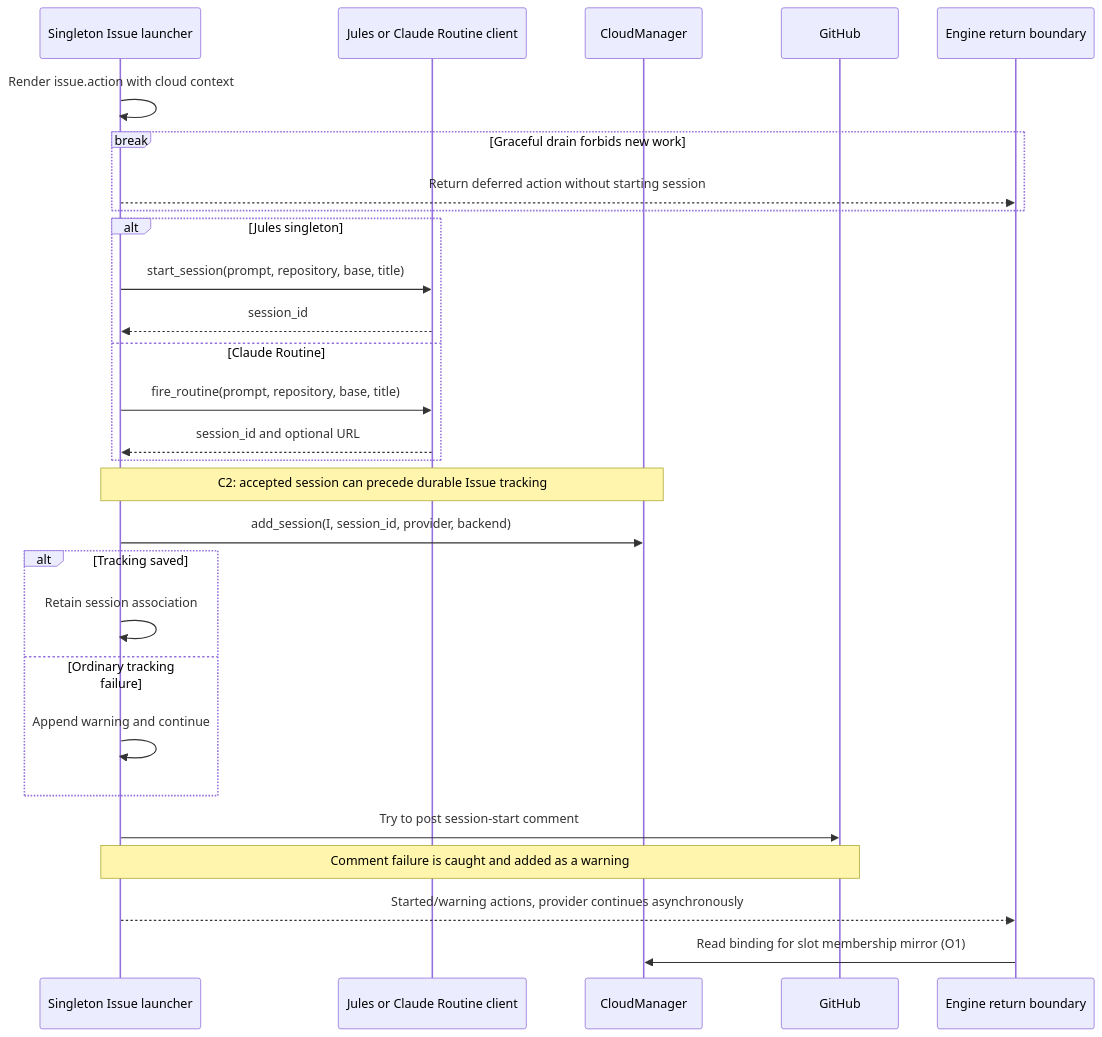
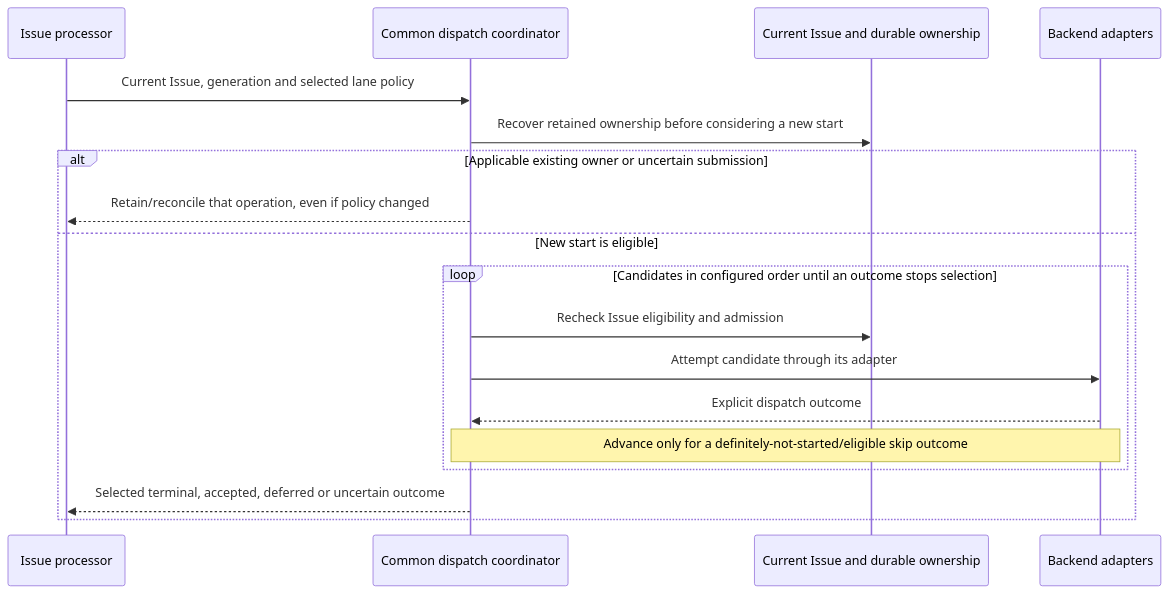
Before and after one commit to kitamura-tetsuo/auto-coder: the first of 2 diagrams in docs/architecture/as-is/issue-provider-dispatch.md, drawn with Mermaid. The commit also changed other lines of this file and 14 other files, not shown here.

First line of the commit message:
docs: refresh as-is sequences and map refactoring boundaries

````diff
--- a/docs/architecture/as-is/issue-provider-dispatch.md
+++ b/docs/architecture/as-is/issue-provider-dispatch.md
@@ -116,30 +9,20 @@
 ```mermaid
 sequenceDiagram
-    participant H as Singleton Issue launcher
-    participant P as Jules or Claude Routine client
-    participant C as CloudManager
-    participant G as GitHub
-    participant E as Engine return boundary
-    H->>H: Render issue.action with cloud context
-    break Graceful drain forbids new work
-        H-->>E: Return deferred action without starting session
+    participant I as Issue processor
+    participant D as Common dispatch coordinator
+    participant S as Current Issue and durable ownership
+    participant B as Backend adapters
+    I->>D: Current Issue, generation and selected lane policy
+    D->>S: Recover retained ownership before considering a new start
+    alt Applicable existing owner or uncertain submission
+        D-->>I: Retain/reconcile that operation, even if policy changed
+    else New start is eligible
+        loop Candidates in configured order until an outcome stops selection
+            D->>S: Recheck Issue eligibility and admission
+            D->>B: Attempt candidate through its adapter
+            B-->>D: Explicit dispatch outcome
+            Note over D,B: Advance only for a definitely-not-started/eligible skip outcome
+        end
+        D-->>I: Selected terminal, accepted, deferred or uncertain outcome
     end
-    alt Jules singleton
-        H->>P: start_session(prompt, repository, base, title)
-        P-->>H: session_id
-    else Claude Routine
-        H->>P: fire_routine(prompt, repository, base, title)
-        P-->>H: session_id and optional URL
-    end
-    Note over H,C: C2: accepted session can precede durable Issue tracking
-    H->>C: add_session(I, session_id, provider, backend)
-    alt Tracking saved
-        H->>H: Retain session association
-    else Ordinary tracking failure
-        H->>H: Append warning and continue
-    end
-    H->>G: Try to post session-start comment
-    Note over H,G: Comment failure is caught and added as a warning
-    H-->>E: Started/warning actions, provider continues asynchronously
-    E->>C: Read binding for slot membership mirror (O1)
 ```
````
